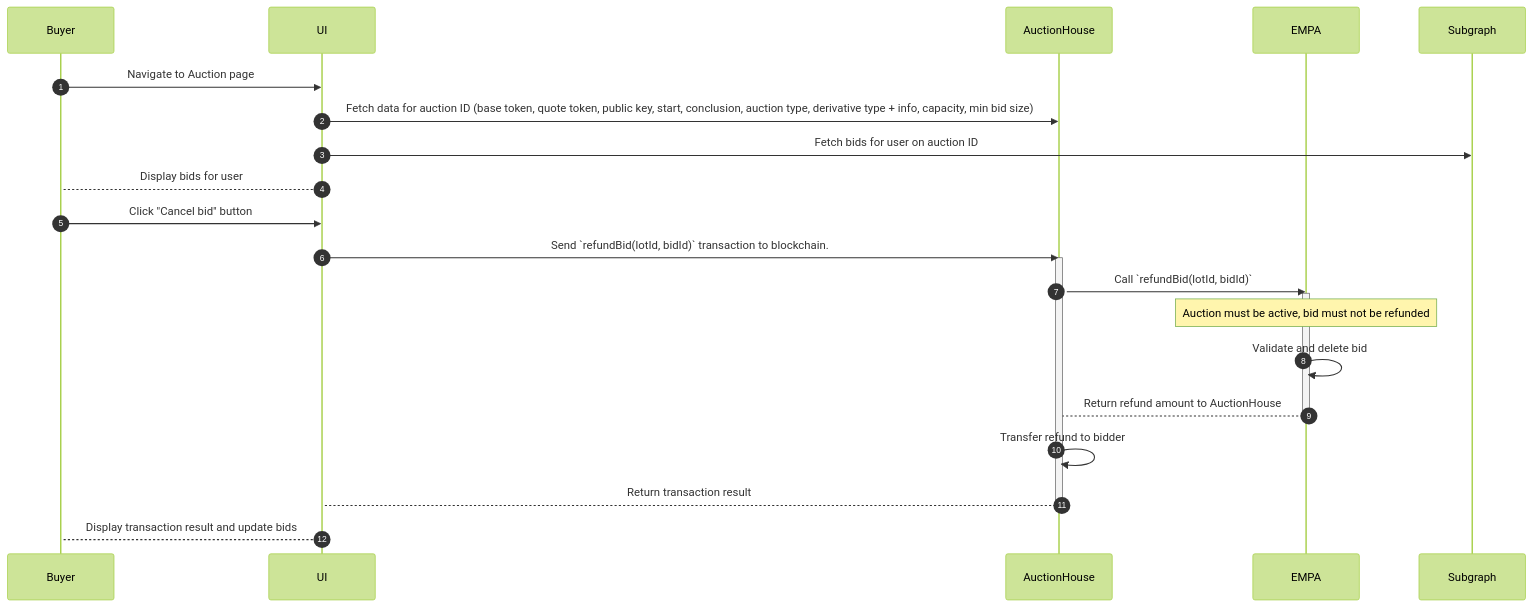
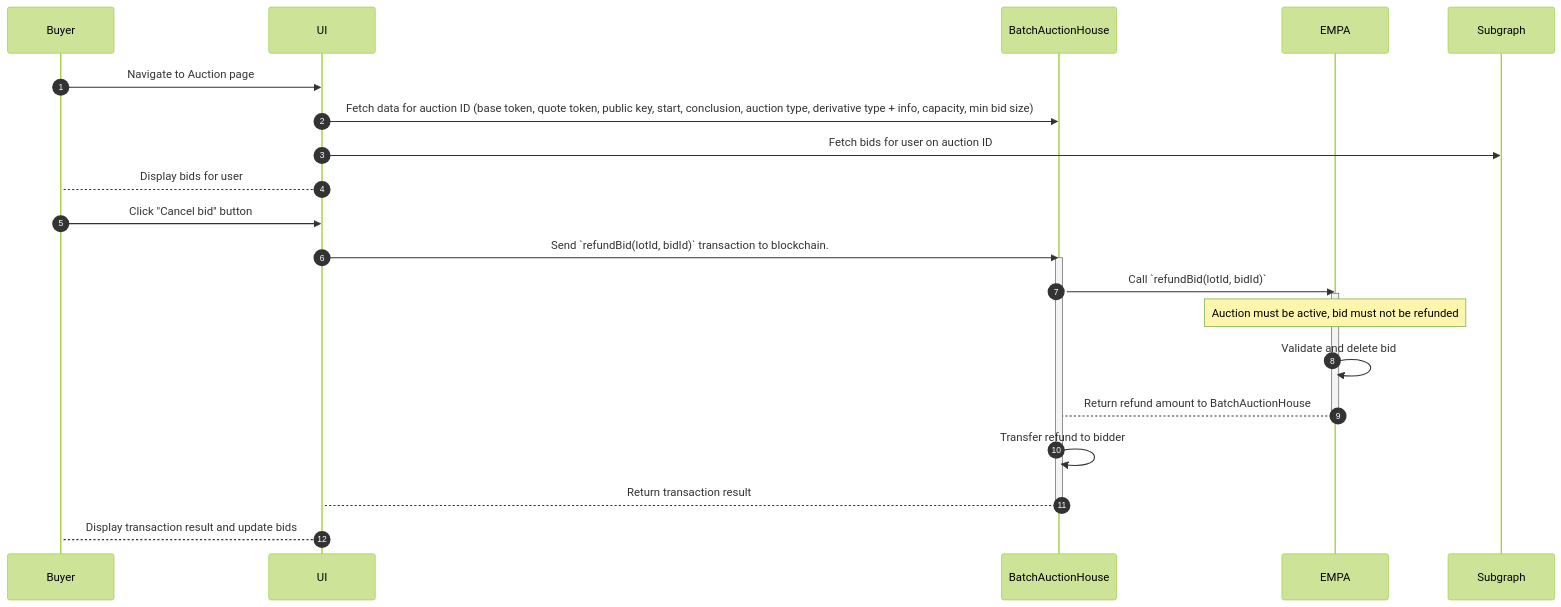
The third of 9 diagrams in design/EMPA.md (Axis-Fi/axis-core), drawn with Mermaid (forest theme) before and after one commit. The commit also changed other lines of this file, not shown here.

Commit message:
AuctionHouse -> BatchAuctionHouse

````diff
--- a/design/EMPA.md
+++ b/design/EMPA.md
@@ -187,27 +187,27 @@
 ```mermaid
 sequenceDiagram
   autoNumber
   participant Buyer
   participant UI
-  participant AuctionHouse
+  participant BatchAuctionHouse
   participant EMPA
   participant Subgraph
 
   Buyer->>UI: Navigate to Auction page
-  UI->>AuctionHouse: Fetch data for auction ID (base token, quote token, public key, start, conclusion, auction type, derivative type + info, capacity, min bid size)
+  UI->>BatchAuctionHouse: Fetch data for auction ID (base token, quote token, public key, start, conclusion, auction type, derivative type + info, capacity, min bid size)
   UI->>Subgraph: Fetch bids for user on auction ID
   UI-->Buyer: Display bids for user
   Buyer->>UI: Click "Cancel bid" button
-  UI->>AuctionHouse: Send `refundBid(lotId, bidId)` transaction to blockchain.
-  activate AuctionHouse
-    AuctionHouse->>EMPA: Call `refundBid(lotId, bidId)`
+  UI->>BatchAuctionHouse: Send `refundBid(lotId, bidId)` transaction to blockchain.
+  activate BatchAuctionHouse
+    BatchAuctionHouse->>EMPA: Call `refundBid(lotId, bidId)`
     activate EMPA
         Note over EMPA: Auction must be active, bid must not be refunded
         EMPA->>EMPA: Validate and delete bid
-        EMPA-->AuctionHouse: Return refund amount to AuctionHouse
+        EMPA-->BatchAuctionHouse: Return refund amount to BatchAuctionHouse
     deactivate EMPA
-    AuctionHouse->>AuctionHouse: Transfer refund to bidder
-    AuctionHouse-->UI: Return transaction result
-  deactivate AuctionHouse
+    BatchAuctionHouse->>BatchAuctionHouse: Transfer refund to bidder
+    BatchAuctionHouse-->UI: Return transaction result
+  deactivate BatchAuctionHouse
   UI-->Buyer: Display transaction result and update bids
 ```
````
